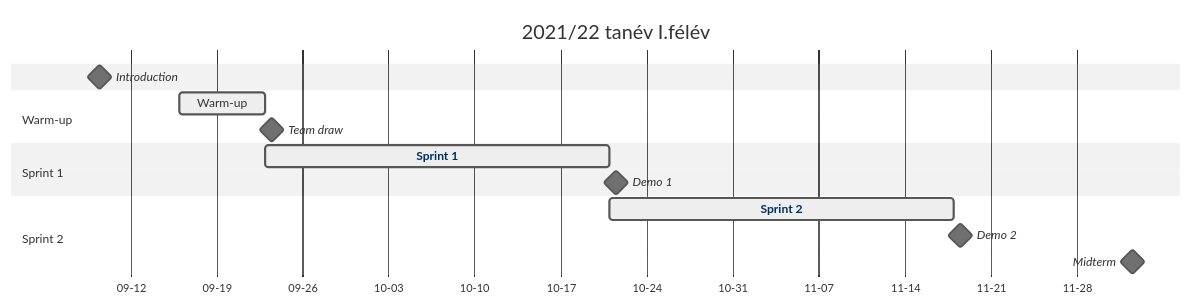
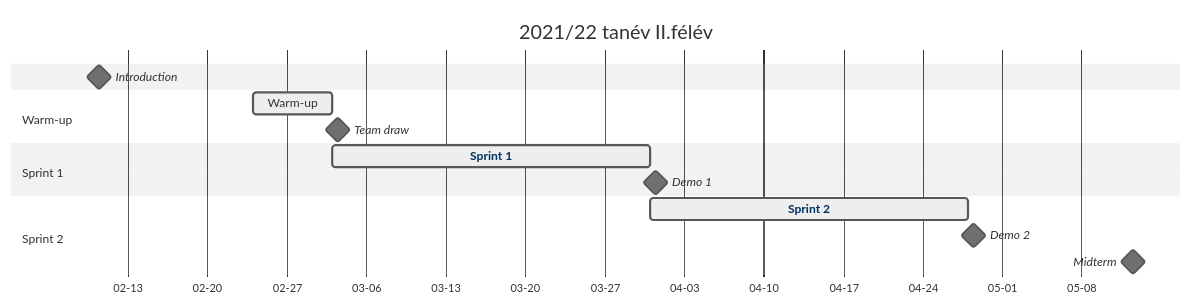
The diagram in src/schedule.md (pintergreg/handout), drawn with Mermaid (neutral theme) before and after one commit. The commit also changed other lines of this file, not shown here.

```diff
--- a/src/schedule.md
+++ b/src/schedule.md
@@ -30,19 +34,19 @@
 <div class="mermaid">
     gantt
     dateFormat  YYYY-MM-DD
     axisFormat  %m-%d
-    title 2021/22 tanév I.félév
-    Introduction :milestone, 2021-09-09, 1d
+    title 2021/22 tanév II.félév
+    Introduction :milestone, 2022-02-10, 1d
     section Warm-up
-        Warm-up :active, warmup, 2021-09-16, 1w
+        Warm-up :active, warmup, 2022-02-24, 1w
     Team draw :milestone, after warmup, 1d
     section Sprint 1
         Sprint 1 :active, sprint1, after warmup, 4w
     Demo 1 :milestone, after sprint1, 1d
     section Sprint 2
         Sprint 2 :active, sprint2, after sprint1, 4w
     Demo 2 :milestone, after sprint2, 1d
-    Midterm :milestone, 2021-12-02, 1d
+    Midterm :milestone, 2022-05-12, 1d
     click sprint1 href "./sprint_1.html"
     click sprint2 href "./sprint_2.html"
 </div>
```
